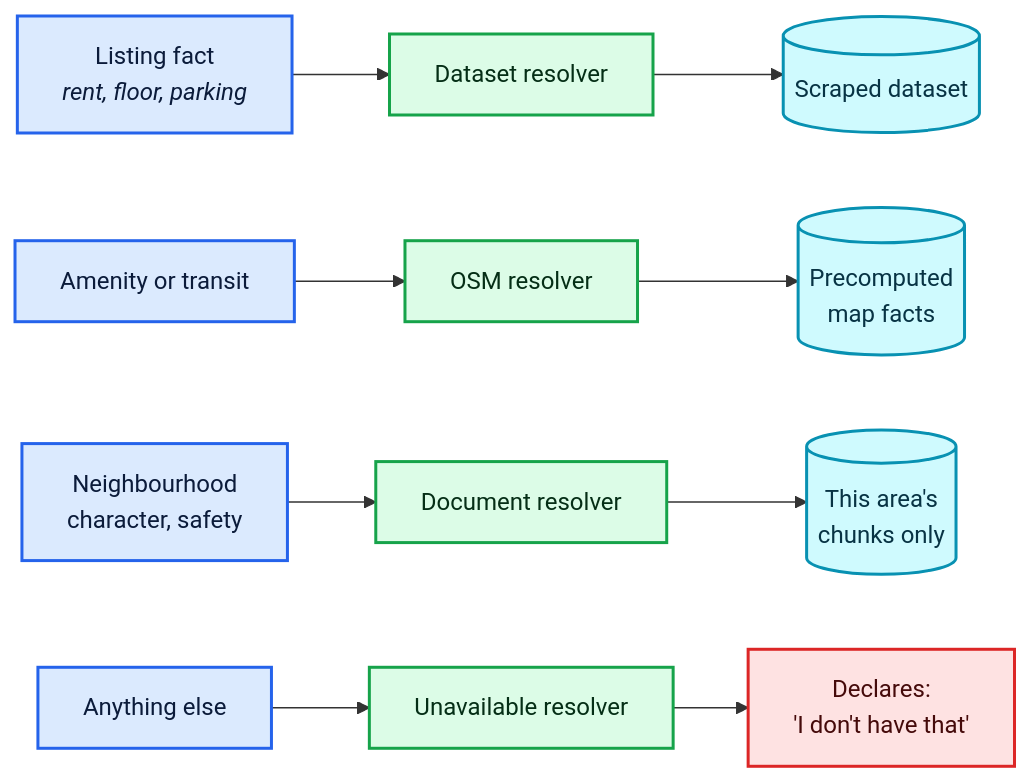
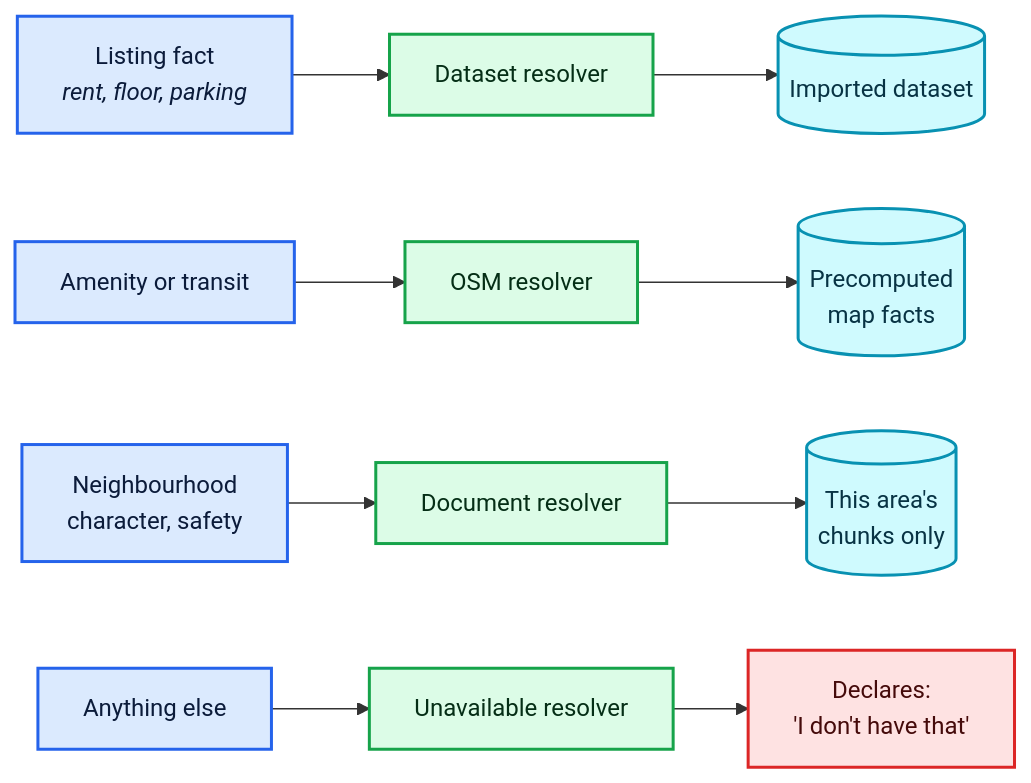
Before and after one commit to KarthikBattaram19/Capstone_Project_Next_Leap: diagram 17 of 22 in Docs/Architecture.md, drawn with Mermaid. The commit also changed other lines of this file and 11 other files, not shown here.

First line of the commit message:
docs: switch the listing source to the supplied spreadsheet; add balconies and parking_available to the schema

````diff
--- a/Docs/Architecture.md
+++ b/Docs/Architecture.md
@@ -829,16 +829,16 @@
 ```mermaid
 flowchart LR
-    C1["Listing fact<br/><i>rent, floor, parking</i>"] --> R1["Dataset resolver"] --> D1[("Scraped dataset")]
+    C1["Listing fact<br/><i>rent, floor, parking</i>"] --> R1["Dataset resolver"] --> D1[("Imported dataset")]
     C2["Amenity or transit"] --> R2["OSM resolver"] --> D2[("Precomputed<br/>map facts")]
     C3["Neighbourhood<br/>character, safety"] --> R3["Document resolver"] --> D3[("This area's<br/>chunks only")]
     C4["Anything else"] --> R4["Unavailable resolver"] --> D4["Declares:<br/>'I don't have that'"]
 
     classDef claim fill:#dbeafe,stroke:#2563eb,stroke-width:2px,color:#0b1b3a
     classDef res fill:#dcfce7,stroke:#16a34a,stroke-width:2px,color:#052e16
     classDef store fill:#cffafe,stroke:#0891b2,stroke-width:2px,color:#083344
     classDef none fill:#fee2e2,stroke:#dc2626,stroke-width:2px,color:#450a0a
     class C1,C2,C3,C4 claim
     class R1,R2,R3,R4 res
     class D1,D2,D3 store
     class D4 none
 ```
````
